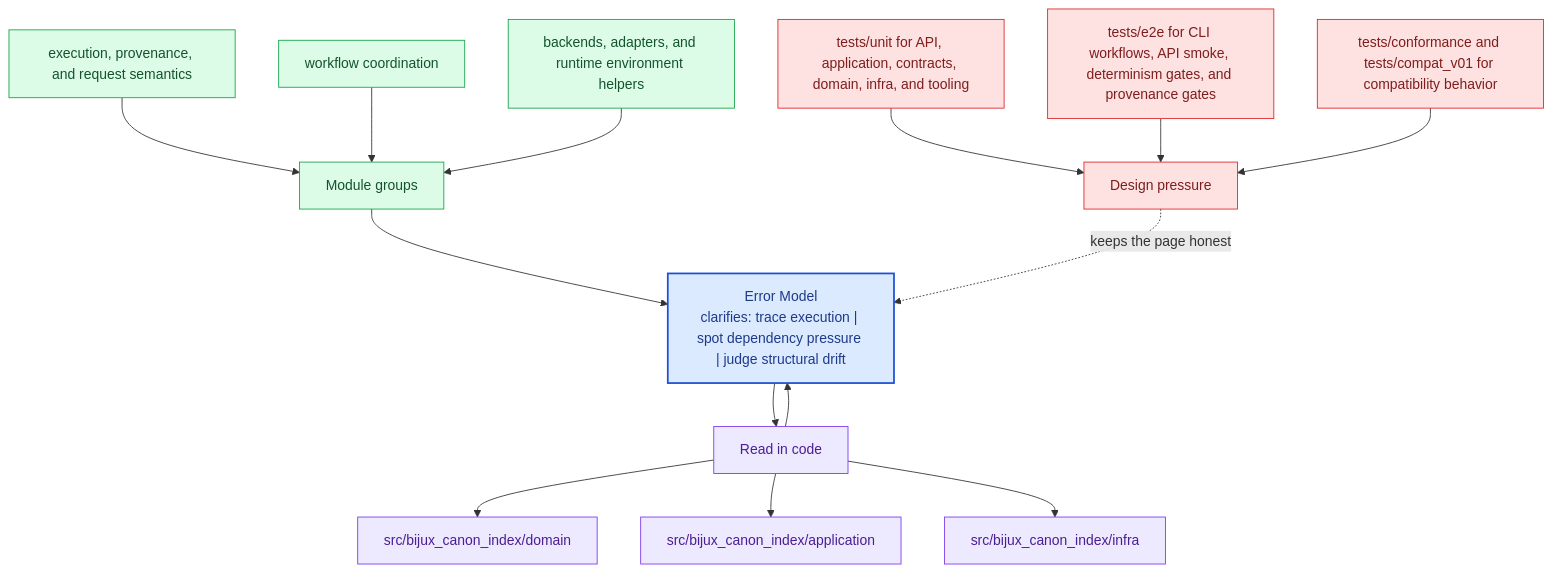
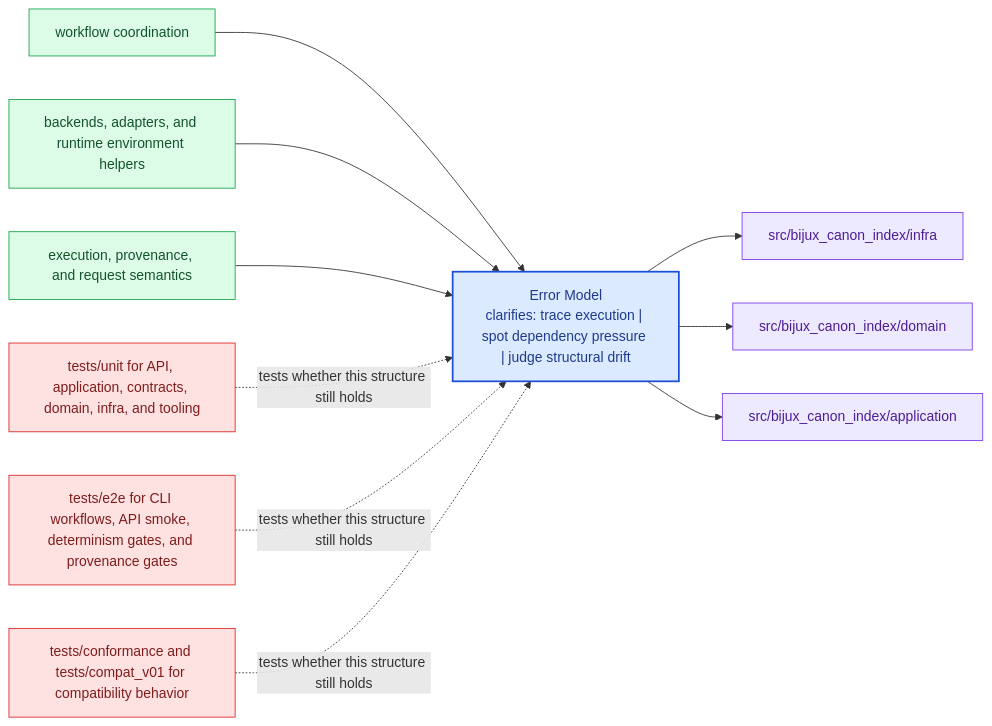
The diagram in docs/bijux-canon-index/architecture/error-model.md (bijux/bijux-canon), drawn with Mermaid before and after one commit. The commit also changed other lines of this file and 281 other files, not shown here.

Commit message:
docs(diagrams): replace repeated mermaid scaffolds with page-specific summaries

````diff
--- a/docs/bijux-canon-index/architecture/error-model.md
+++ b/docs/bijux-canon-index/architecture/error-model.md
@@ -68,40 +23,31 @@
 ```mermaid
-flowchart TB
-    promise["Error Model<br/>clarifies: trace execution | spot dependency pressure | judge structural drift"]
-    classDef promise fill:#dbeafe,stroke:#1d4ed8,color:#1e3a8a,stroke-width:2px;
-    classDef driver fill:#dcfce7,stroke:#16a34a,color:#14532d;
-    classDef constraint fill:#fee2e2,stroke:#dc2626,color:#7f1d1d;
-    classDef ground fill:#ede9fe,stroke:#7c3aed,color:#4c1d95;
-    focus1["Module groups"]
-    focus1 --> promise
-    focus1_1["execution, provenance, and request semantics"]
-    focus1_1 --> focus1
-    focus1_2["workflow coordination"]
-    focus1_2 --> focus1
-    focus1_3["backends, adapters, and runtime environment helpers"]
-    focus1_3 --> focus1
-    class focus1 driver;
-    class focus1_1,focus1_2,focus1_3 driver;
-    focus2["Read in code"]
-    focus2 --> promise
-    promise --> focus2
-    focus2_1["src/bijux_canon_index/domain"]
-    focus2 --> focus2_1
-    focus2_2["src/bijux_canon_index/application"]
-    focus2 --> focus2_2
-    focus2_3["src/bijux_canon_index/infra"]
-    focus2 --> focus2_3
-    class focus2 ground;
-    class focus2_1,focus2_2,focus2_3 ground;
-    focus3["Design pressure"]
-    focus3 -.keeps the page honest.-> promise
-    focus3_1["tests/unit for API, application, contracts, domain, infra, and tooling"]
-    focus3_1 --> focus3
-    focus3_2["tests/e2e for CLI workflows, API smoke, determinism gates, and provenance gates"]
-    focus3_2 --> focus3
-    focus3_3["tests/conformance and tests/compat_v01 for compatibility behavior"]
-    focus3_3 --> focus3
-    class focus3 constraint;
-    class focus3_1,focus3_2,focus3_3 constraint;
-    class promise promise;
+flowchart LR
+    page["Error Model<br/>clarifies: trace execution | spot dependency pressure | judge structural drift"]
+    classDef page fill:#dbeafe,stroke:#1d4ed8,color:#1e3a8a,stroke-width:2px;
+    classDef positive fill:#dcfce7,stroke:#16a34a,color:#14532d;
+    classDef caution fill:#fee2e2,stroke:#dc2626,color:#7f1d1d;
+    classDef anchor fill:#ede9fe,stroke:#7c3aed,color:#4c1d95;
+    classDef action fill:#fef3c7,stroke:#d97706,color:#7c2d12;
+    module1["workflow coordination"]
+    module1 --> page
+    module2["backends, adapters, and runtime environment helpers"]
+    module2 --> page
+    module3["execution, provenance, and request semantics"]
+    module3 --> page
+    code1["src/bijux_canon_index/infra"]
+    page --> code1
+    code2["src/bijux_canon_index/domain"]
+    page --> code2
+    code3["src/bijux_canon_index/application"]
+    page --> code3
+    pressure1["tests/unit for API, application, contracts, domain, infra, and tooling"]
+    pressure1 -.tests whether this structure still holds.-> page
+    pressure2["tests/e2e for CLI workflows, API smoke, determinism gates, and provenance gates"]
+    pressure2 -.tests whether this structure still holds.-> page
+    pressure3["tests/conformance and tests/compat_v01 for compatibility behavior"]
+    pressure3 -.tests whether this structure still holds.-> page
+    class page page;
+    class module1,module2,module3 positive;
+    class code1,code2,code3 anchor;
+    class pressure1,pressure2,pressure3 caution;
 ```
````
